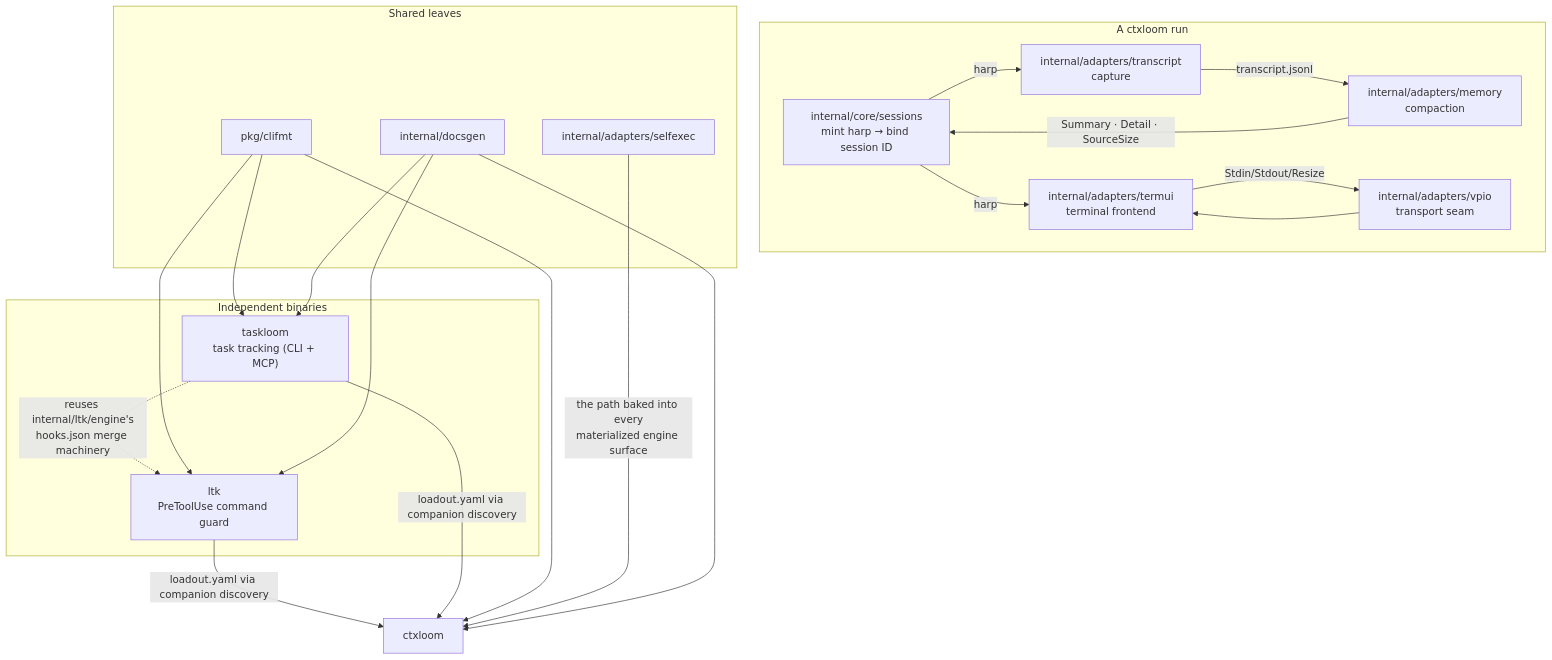
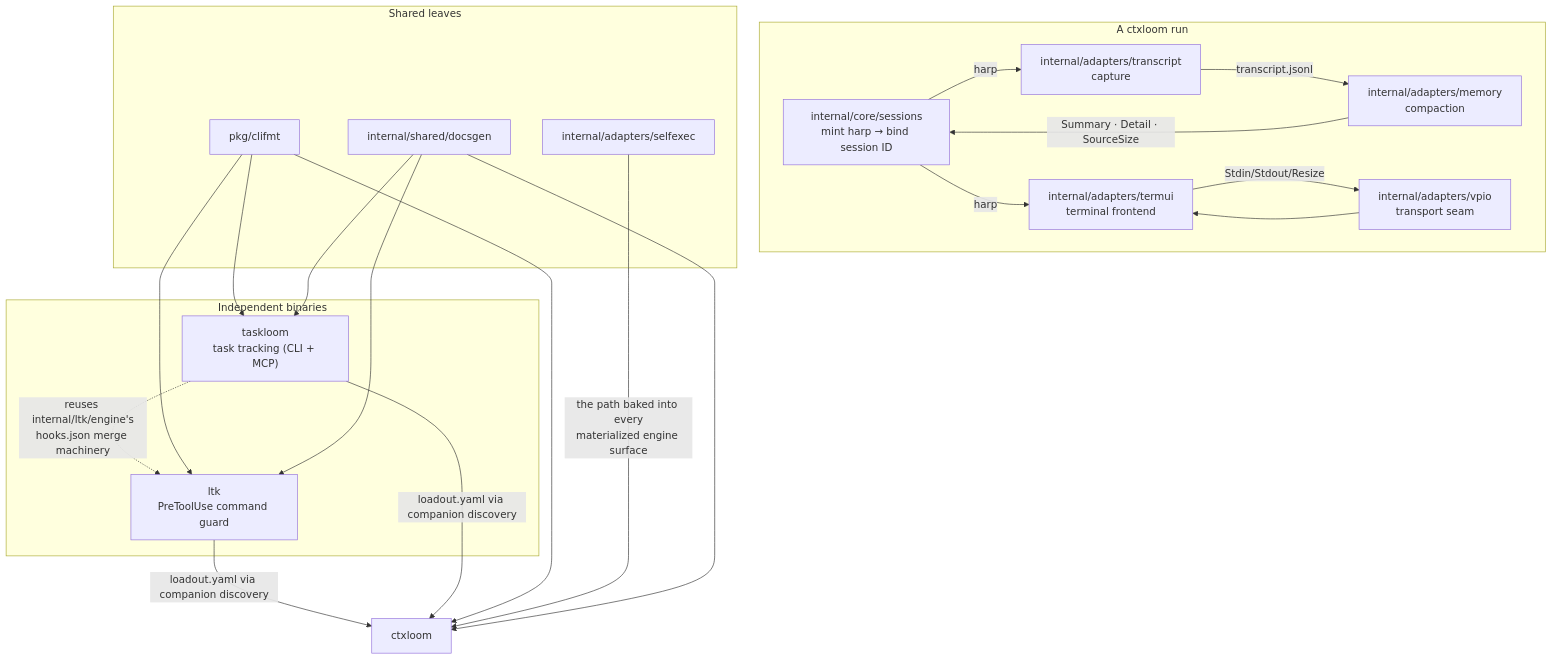
One commit to ctxloom/ctxloom changed the diagram in docs/architecture/companions/README.md. Above: the diagram before and after it, drawn with Mermaid. The commit also changed other lines of this file and 235 other files, not shown here.

First line of the commit message:
refactor(arch): move the toolbox leaves into internal/shared

````diff
--- a/docs/architecture/companions/README.md
+++ b/docs/architecture/companions/README.md
@@ -29,36 +29,36 @@
 ```mermaid
 flowchart TD
     subgraph binaries["Independent binaries"]
       LTK["ltk<br/>PreToolUse command guard"]
       TL["taskloom<br/>task tracking (CLI + MCP)"]
     end
 
     subgraph run["A ctxloom run"]
       SESS["internal/core/sessions<br/>mint harp → bind session ID"]
       TERM["internal/adapters/termui<br/>terminal frontend"]
       VP["internal/adapters/vpio<br/>transport seam"]
       TR["internal/adapters/transcript<br/>capture"]
       MEM["internal/adapters/memory<br/>compaction"]
     end
 
     subgraph leaves["Shared leaves"]
       CF["pkg/clifmt"]
       SE["internal/adapters/selfexec"]
-      DG["internal/docsgen"]
+      DG["internal/shared/docsgen"]
     end
 
     SESS -->|"harp"| TR
     SESS -->|"harp"| TERM
     TR -->|"transcript.jsonl"| MEM
     MEM -->|"Summary · Detail · SourceSize"| SESS
     VP --> TERM
     TERM -->|"Stdin/Stdout/Resize"| VP
 
     LTK -->|"loadout.yaml via companion discovery"| CTX["ctxloom"]
     TL -->|"loadout.yaml via companion discovery"| CTX
     TL -.->|"reuses internal/ltk/engine's<br/>hooks.json merge machinery"| LTK
 
     CF --> LTK & TL & CTX
     SE -->|"the path baked into every<br/>materialized engine surface"| CTX
     DG --> LTK & TL & CTX
 ```
````
